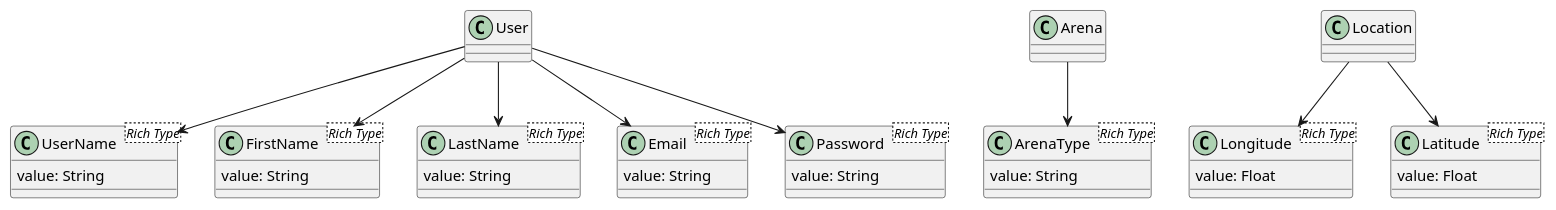
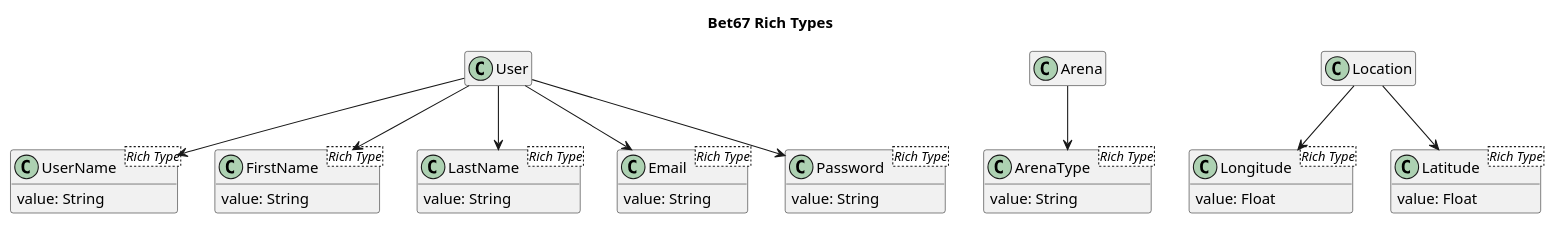
The diagram in src/main/puml/rich_types.puml (NeoTryn/Bet-67-backend), drawn with PlantUML before and after one commit.

Commit message:
added title to rich_types.puml and hid empty attributes and empty methods

```diff
--- a/src/main/puml/rich_types.puml
+++ b/src/main/puml/rich_types.puml
@@ -1,44 +1,49 @@
 @startuml
+
+title Bet67 Rich Types
+
+hide empty attributes
+hide empty methods
 
 class UserName <Rich Type> {
     value: String
 }
 
 class FirstName <Rich Type> {
     value: String
 }
 
 class LastName <Rich Type> {
     value: String
 }
 
 class Email <Rich Type> {
     value: String
 }
 
 class Password <Rich Type> {
     value: String
 }
 
 class ArenaType <Rich Type> {
     value: String
 }
 
 class Longitude <Rich Type> {
     value: Float
 }
 
 class Latitude <Rich Type> {
     value: Float
 }
 
 User --> UserName
 User --> FirstName
 User --> LastName
 User --> Email
 User --> Password
 Arena --> ArenaType
 Location --> Longitude
 Location --> Latitude
 
 @enduml
```
